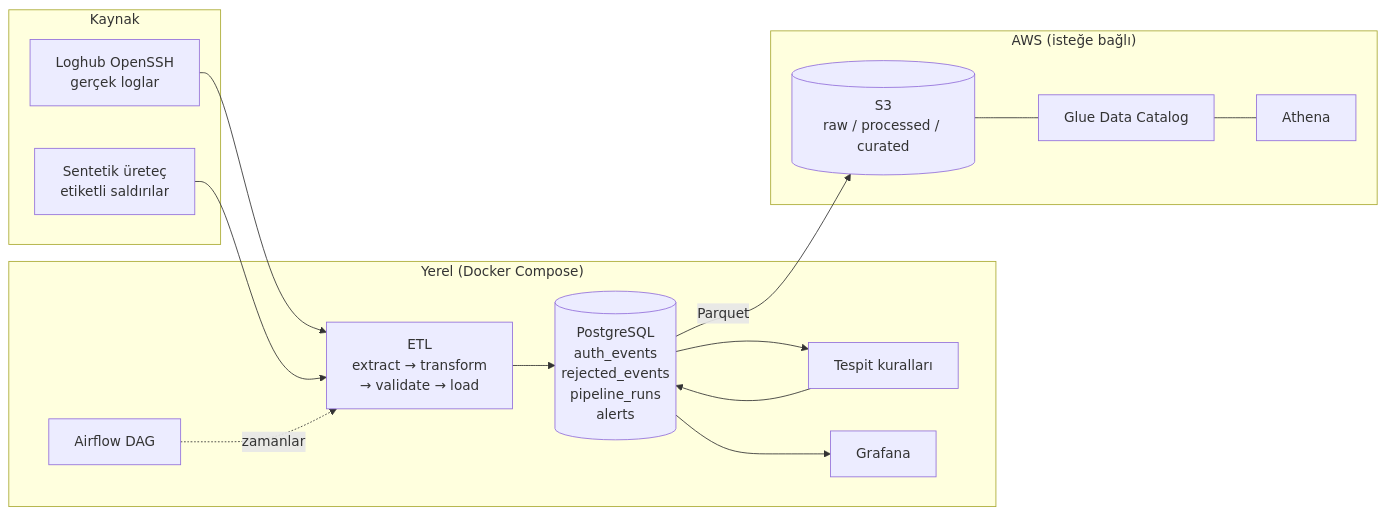
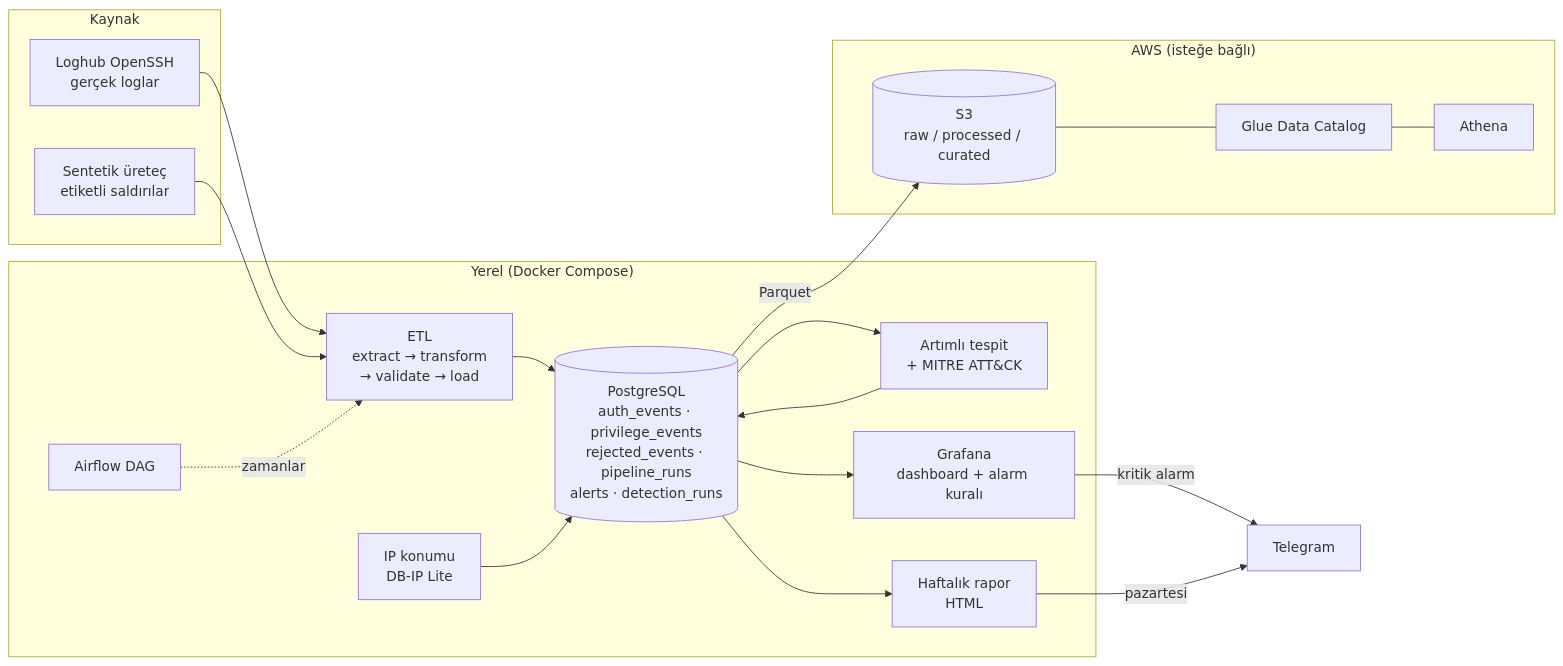
Before and after one commit to yigitfevzitugrul/Cybersecurity-Data-Lake-Threat-Analytics-Platform: the diagram in README.md, drawn with Mermaid. The commit also changed other lines of this file, not shown here.

Commit message:
Describe the new features in the README overview and diagram

````diff
--- a/README.md
+++ b/README.md
@@ -11,27 +11,34 @@
 ```mermaid
 flowchart LR
     subgraph Kaynak
         L[Loghub OpenSSH<br/>gerçek loglar]
         G[Sentetik üreteç<br/>etiketli saldırılar]
     end
     subgraph Yerel["Yerel (Docker Compose)"]
         A[Airflow DAG]
         E[ETL<br/>extract → transform<br/>→ validate → load]
-        P[(PostgreSQL<br/>auth_events<br/>rejected_events<br/>pipeline_runs<br/>alerts)]
-        D[Tespit kuralları]
-        F[Grafana]
+        P[(PostgreSQL<br/>auth_events · privilege_events<br/>rejected_events · pipeline_runs<br/>alerts · detection_runs)]
+        D["Artımlı tespit<br/>+ MITRE ATT#38;CK"]
+        R[IP konumu<br/>DB-IP Lite]
+        W[Haftalık rapor<br/>HTML]
+        F[Grafana<br/>dashboard + alarm kuralı]
     end
+    T[Telegram]
     subgraph AWS["AWS (isteğe bağlı)"]
         S[(S3<br/>raw / processed / curated)]
         C[Glue Data Catalog]
         Q[Athena]
     end
     L --> E
     G --> E
     A -. zamanlar .-> E
     E --> P
     P --> D --> P
+    R --> P
     P --> F
+    P --> W
+    F -- kritik alarm --> T
+    W -- pazartesi --> T
     P -- Parquet --> S
     S --- C --- Q
 ```
````
